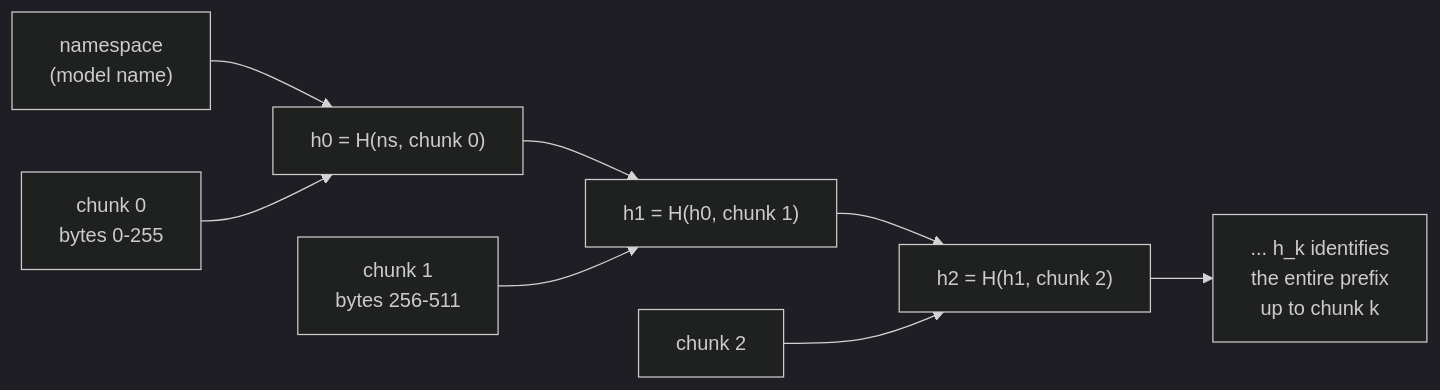
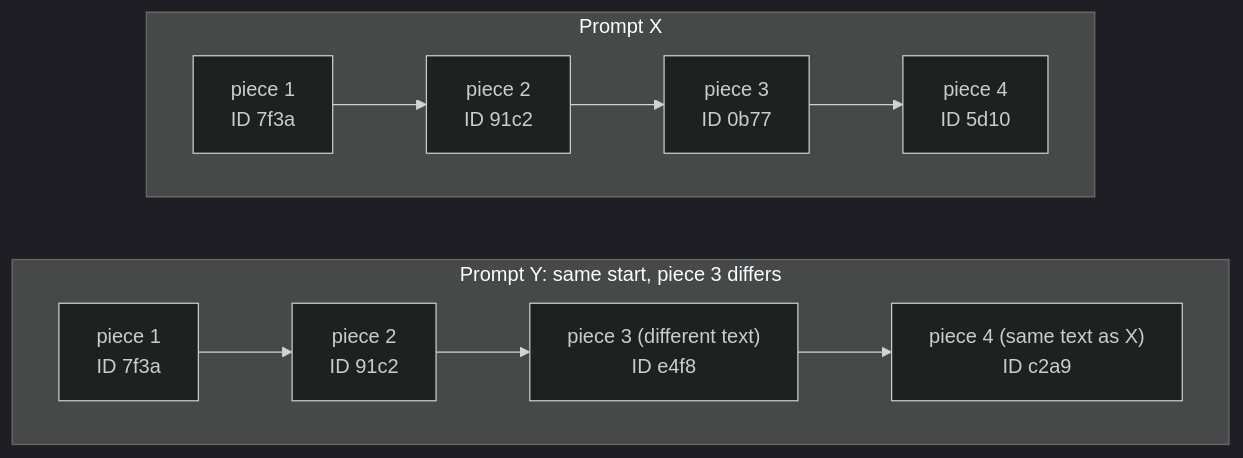
Before and after one commit to Swapnil99007/disaggregated-serving-kv-cache-benchmarking: the sixth of 9 diagrams in docs/PROJECT_EXPLAINED.md, drawn with Mermaid (dark theme). The commit also changed other lines of this file, not shown here.

````diff
--- a/docs/PROJECT_EXPLAINED.md
+++ b/docs/PROJECT_EXPLAINED.md
@@ -325,10 +293,12 @@
 ```mermaid
-flowchart LR
-    NS["namespace<br/>(model name)"] --> H0
-    C0["chunk 0<br/>bytes 0-255"] --> H0["h0 = H(ns, chunk 0)"]
-    H0 --> H1["h1 = H(h0, chunk 1)"]
-    C1["chunk 1<br/>bytes 256-511"] --> H1
-    H1 --> H2["h2 = H(h1, chunk 2)"]
-    C2["chunk 2"] --> H2
-    H2 --> HD["... h_k identifies<br/>the entire prefix<br/>up to chunk k"]
+flowchart TB
+    subgraph X["Prompt X"]
+        direction LR
+        X1["piece 1<br/>ID 7f3a"] --> X2["piece 2<br/>ID 91c2"] --> X3["piece 3<br/>ID 0b77"] --> X4["piece 4<br/>ID 5d10"]
+    end
+    subgraph Y["Prompt Y: same start, piece 3 differs"]
+        direction LR
+        Y1["piece 1<br/>ID 7f3a"] --> Y2["piece 2<br/>ID 91c2"] --> Y3["piece 3 (different text)<br/>ID e4f8"] --> Y4["piece 4 (same text as X)<br/>ID c2a9"]
+    end
+    X ~~~ Y
 ```
````
